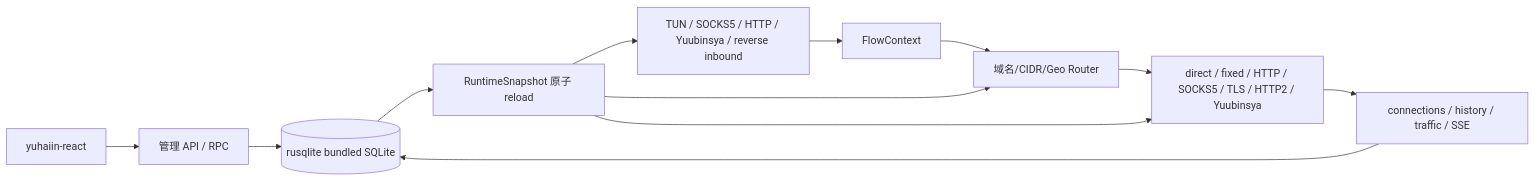
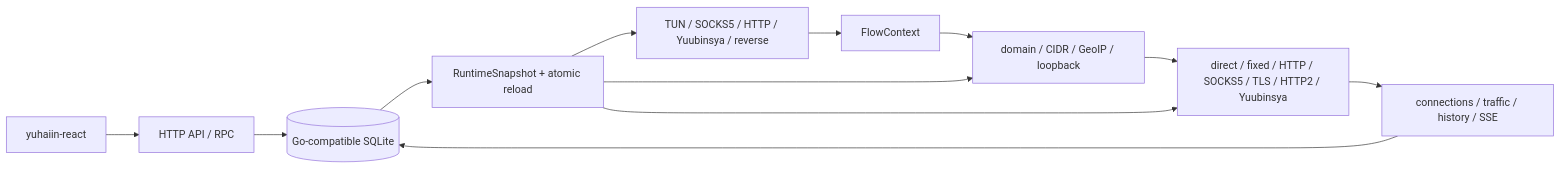
The diagram in IMPLEMENTATION_CHECKLIST.md (yuhaiin/doradus), drawn with Mermaid before and after one commit. The commit also changed other lines of this file and 4 other files, not shown here.

````diff
--- a/IMPLEMENTATION_CHECKLIST.md
+++ b/IMPLEMENTATION_CHECKLIST.md
@@ -111,14 +27,14 @@
 ```mermaid
 flowchart LR
-    UI[yuhaiin-react] --> API[管理 API / RPC]
-    API --> STORE[(rusqlite bundled SQLite)]
-    STORE --> SNAP[RuntimeSnapshot 原子 reload]
-    IN[TUN / SOCKS5 / HTTP / Yuubinsya / reverse inbound] --> FLOW[FlowContext]
-    FLOW --> ROUTER[域名/CIDR/Geo Router]
+    UI[yuhaiin-react] --> API[HTTP API / RPC]
+    API --> DB[(Go-compatible SQLite)]
+    DB --> SNAP[RuntimeSnapshot + atomic reload]
+    IN[TUN / SOCKS5 / HTTP / Yuubinsya / reverse] --> FLOW[FlowContext]
+    FLOW --> ROUTER[domain / CIDR / GeoIP / loopback]
     ROUTER --> OUT[direct / fixed / HTTP / SOCKS5 / TLS / HTTP2 / Yuubinsya]
-    OUT --> MON[connections / history / traffic / SSE]
-    MON --> STORE
+    OUT --> MON[connections / traffic / history / SSE]
+    MON --> DB
     SNAP --> IN
     SNAP --> ROUTER
     SNAP --> OUT
 ```
````
